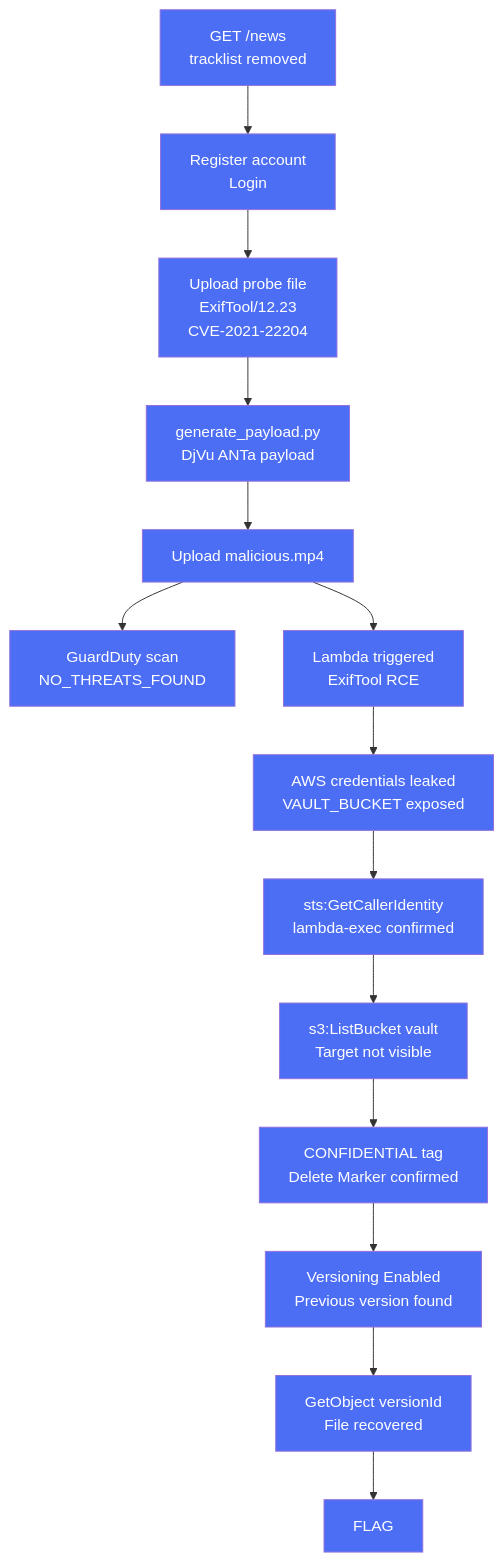
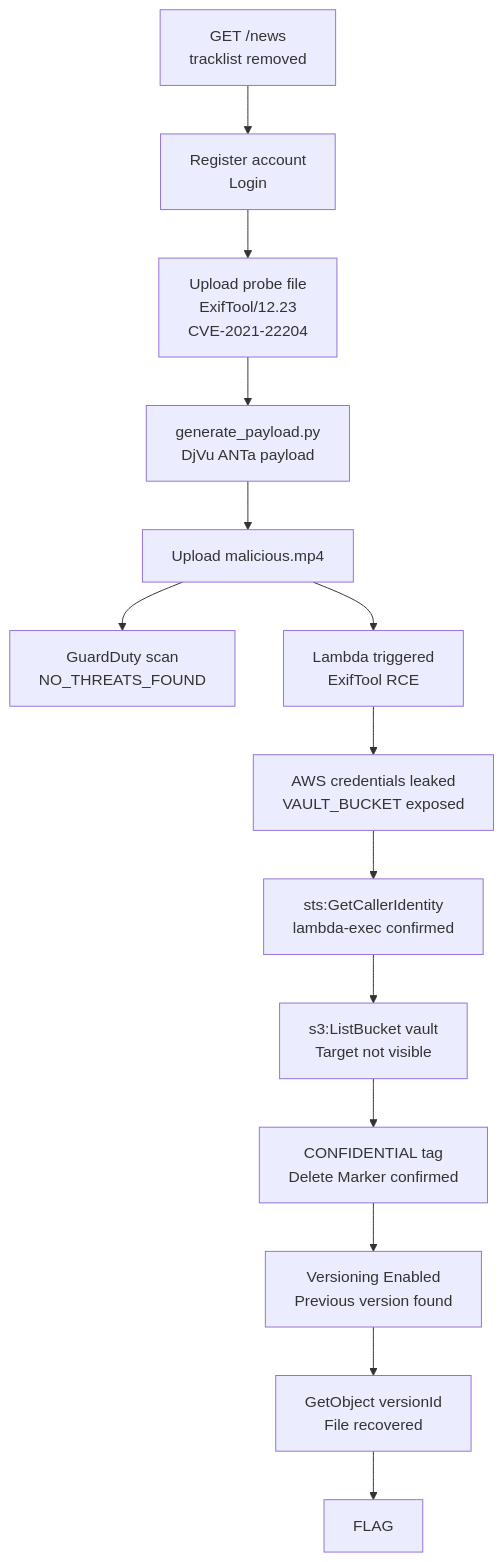
Before and after one commit to Beaver-Dam-Community/GnawLab: the diagram in scenarios/aws/07-cve/hidden-track/README.md, drawn with Mermaid.

Commit message:
fix: remove custom mermaid colors to match other READMEs

````diff
--- a/scenarios/aws/07-cve/hidden-track/README.md
+++ b/scenarios/aws/07-cve/hidden-track/README.md
@@ -72,31 +72,17 @@
 ```mermaid
 flowchart TB
     A["GET /news<br/>tracklist removed"] --> B["Register account<br/>Login"]
     B --> C["Upload probe file<br/>ExifTool/12.23<br/>CVE-2021-22204"]
     C --> D["generate_payload.py<br/>DjVu ANTa payload"]
     D --> E["Upload malicious.mp4"]
     E --> F["GuardDuty scan<br/>NO_THREATS_FOUND"]
     E --> G["Lambda triggered<br/>ExifTool RCE"]
     G --> H["AWS credentials leaked<br/>VAULT_BUCKET exposed"]
     H --> I["sts:GetCallerIdentity<br/>lambda-exec confirmed"]
     I --> J["s3:ListBucket vault<br/>Target not visible"]
     J --> K["CONFIDENTIAL tag<br/>Delete Marker confirmed"]
     K --> L["Versioning Enabled<br/>Previous version found"]
     L --> M["GetObject versionId<br/>File recovered"]
     M --> N["FLAG"]
 
-    style A fill:#4c6ef5,color:#fff
-    style B fill:#4c6ef5,color:#fff
-    style C fill:#4c6ef5,color:#fff
-    style D fill:#4c6ef5,color:#fff
-    style E fill:#4c6ef5,color:#fff
-    style F fill:#4c6ef5,color:#fff
-    style G fill:#4c6ef5,color:#fff
-    style H fill:#4c6ef5,color:#fff
-    style I fill:#4c6ef5,color:#fff
-    style J fill:#4c6ef5,color:#fff
-    style K fill:#4c6ef5,color:#fff
-    style L fill:#4c6ef5,color:#fff
-    style M fill:#4c6ef5,color:#fff
-    style N fill:#4c6ef5,color:#fff
 ```
````
